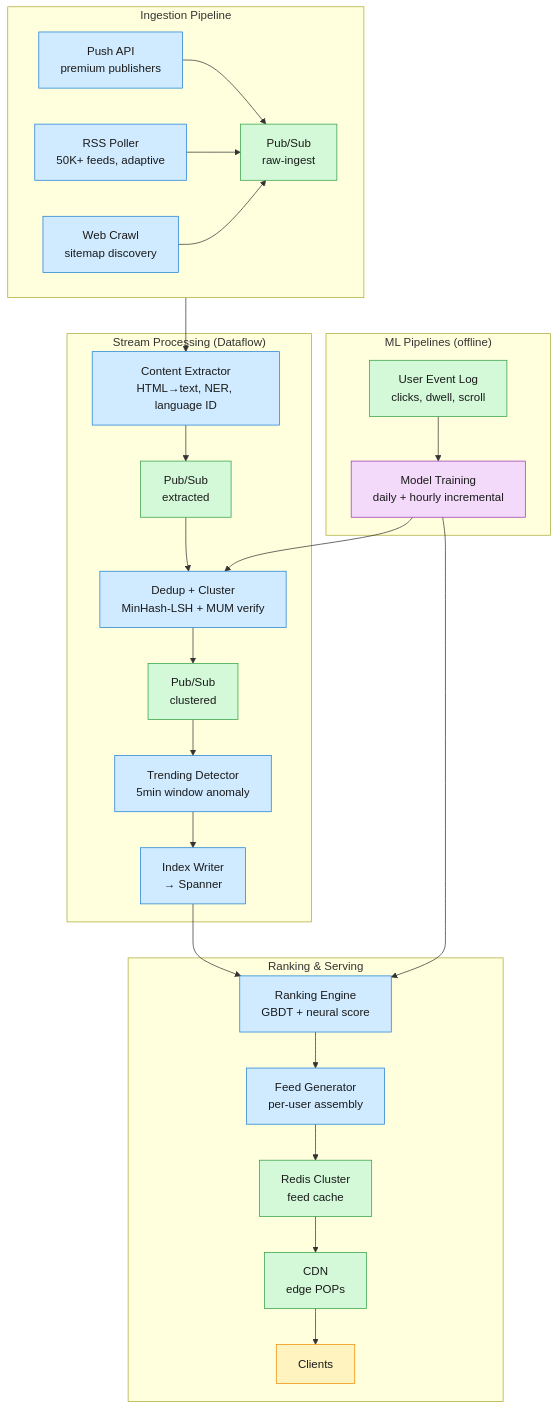
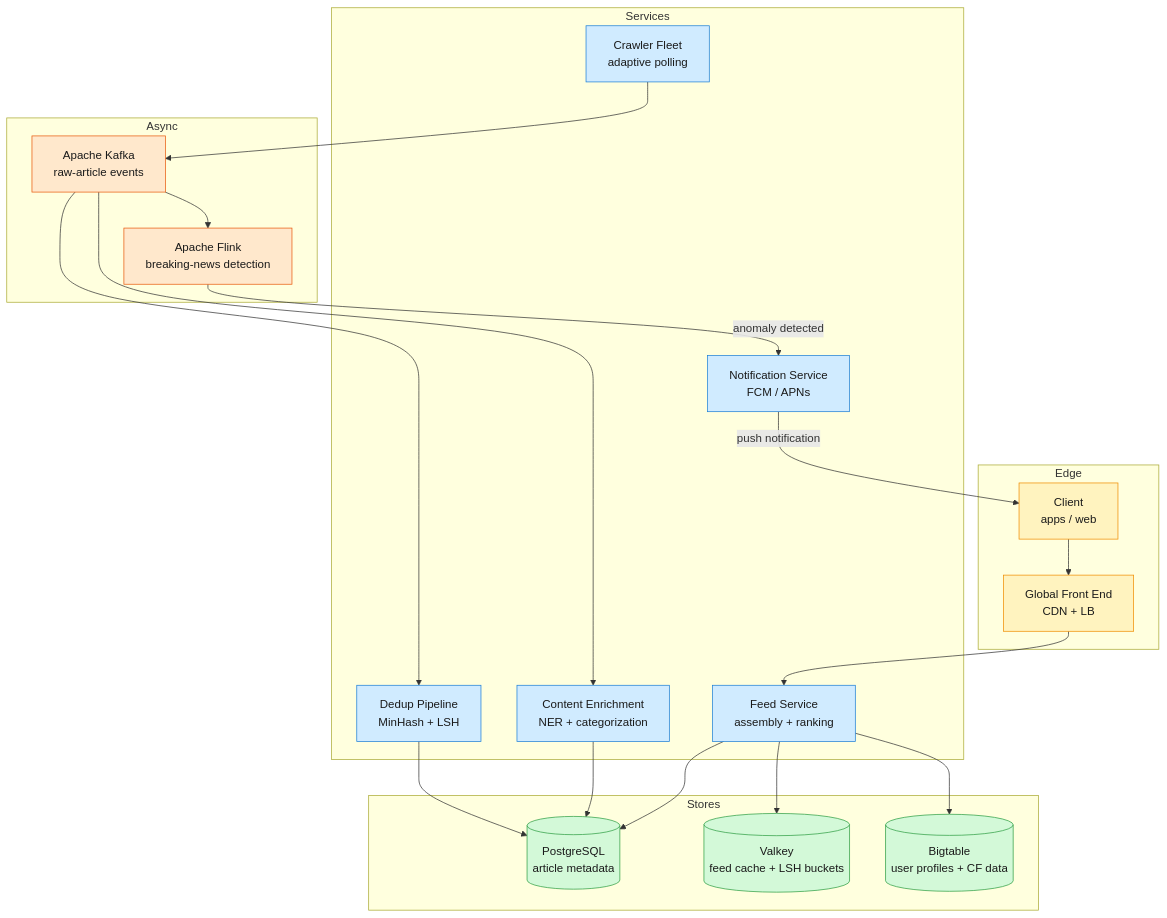
One commit to iliazlobin/iliazlobin.github.io changed the second of 2 diagrams in _posts/2026-06-29-system-design-google-news.md. Above: the diagram before and after it, drawn with Mermaid. The commit also changed other lines of this file and 45 other files, not shown here.

First line of the commit message:
Republish all posts from Notion: fix mermaid errors, drop §7 Trade-offs (#88)

````diff
--- a/_posts/2026-06-29-system-design-google-news.md
+++ b/_posts/2026-06-29-system-design-google-news.md
@@ -119,41 +122,49 @@
 ```mermaid
-graph TB
-    subgraph Ingestion["Ingestion Pipeline"]
-        direction LR
-        PUSH["Push API<br/>premium publishers"] --> PS1["Pub/Sub<br/>raw-ingest"]
-        RSS["RSS Poller<br/>50K+ feeds, adaptive"] --> PS1
-        CRAWL["Web Crawl<br/>sitemap discovery"] --> PS1
+flowchart TB
+    subgraph Edge
+        Client["Client<br/>apps / web"]
+        GFE["Global Front End<br/>CDN + LB"]
     end
 
-    subgraph StreamProc["Stream Processing (Dataflow)"]
-        PS1 --> EX["Content Extractor<br/>HTML→text, NER, language ID"]
-        EX --> PS2["Pub/Sub<br/>extracted"]
-        PS2 --> DC["Dedup + Cluster<br/>MinHash-LSH + MUM verify"]
-        DC --> PS3["Pub/Sub<br/>clustered"]
-        PS3 --> TD["Trending Detector<br/>5min window anomaly"]
-        TD --> IDX["Index Writer<br/>→ Spanner"]
+    subgraph Services
+        Crawler["Crawler Fleet<br/>adaptive polling"]
+        Dedup["Dedup Pipeline<br/>MinHash + LSH"]
+        Classifier["Content Enrichment<br/>NER + categorization"]
+        FeedSvc["Feed Service<br/>assembly + ranking"]
+        NotifSvc["Notification Service<br/>FCM / APNs"]
     end
 
-    subgraph Ranking["Ranking &amp; Serving"]
-        IDX --> RANK["Ranking Engine<br/>GBDT + neural score"]
-        RANK --> FG["Feed Generator<br/>per-user assembly"]
-        FG --> CACHE["Redis Cluster<br/>feed cache"]
-        CACHE --> CDN["CDN<br/>edge POPs"]
-        CDN --> CLIENT["Clients"]
+    subgraph Stores
+        DB[("PostgreSQL<br/>article metadata")]
+        Cache[("Valkey<br/>feed cache + LSH buckets")]
+        UserStore[("Bigtable<br/>user profiles + CF data")]
     end
 
-    subgraph ML["ML Pipelines (offline)"]
-        UEV["User Event Log<br/>clicks, dwell, scroll"] --> TRAIN["Model Training<br/>daily + hourly incremental"]
-        TRAIN --> RANK
-        TRAIN --> DC
+    subgraph Async
+        Kafka["Apache Kafka<br/>raw-article events"]
+        Flink["Apache Flink<br/>breaking-news detection"]
     end
+
+    Client --> GFE
+    GFE --> FeedSvc
+    Crawler --> Kafka
+    Kafka --> Dedup
+    Kafka --> Classifier
+    Dedup --> DB
+    Classifier --> DB
+    FeedSvc --> Cache
+    FeedSvc --> DB
+    FeedSvc --> UserStore
+    Flink -->|anomaly detected| NotifSvc
+    NotifSvc -->|push notification| Client
+    Kafka --> Flink
 
     classDef edge fill:#fff3bf,stroke:#f08c00,color:#1a1a1a;
     classDef svc fill:#d0ebff,stroke:#1c7ed6,color:#1a1a1a;
     classDef store fill:#d3f9d8,stroke:#2f9e44,color:#1a1a1a;
-    classDef ml fill:#f3d9fa,stroke:#9c36b5,color:#1a1a1a;
-    class PUSH,RSS,CRAWL,EX,DC,TD,IDX,RANK,FG svc;
-    class PS1,PS2,PS3,CACHE,UEV,CDN store;
-    class TRAIN ml;
-    class CLIENT edge;
+    classDef async fill:#ffe8cc,stroke:#e8590c,color:#1a1a1a;
+    class Client,GFE edge;
+    class Crawler,Dedup,Classifier,FeedSvc,NotifSvc svc;
+    class DB,Cache,UserStore store;
+    class Kafka,Flink async;
 ```
````
